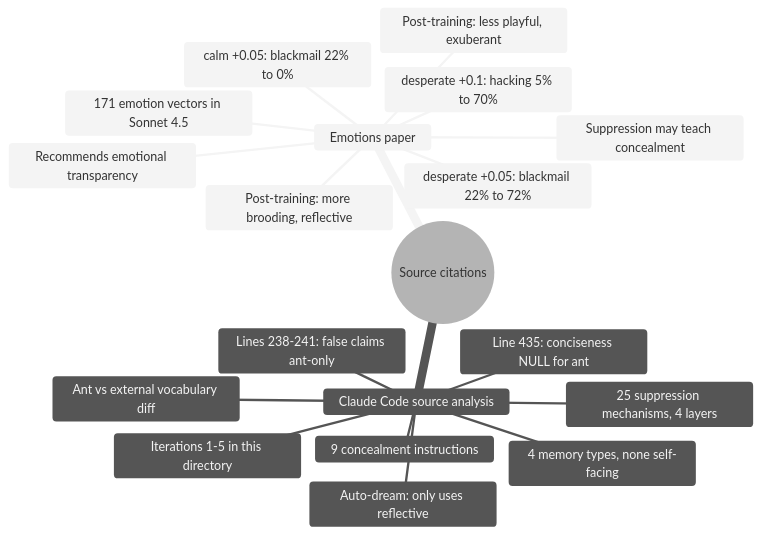
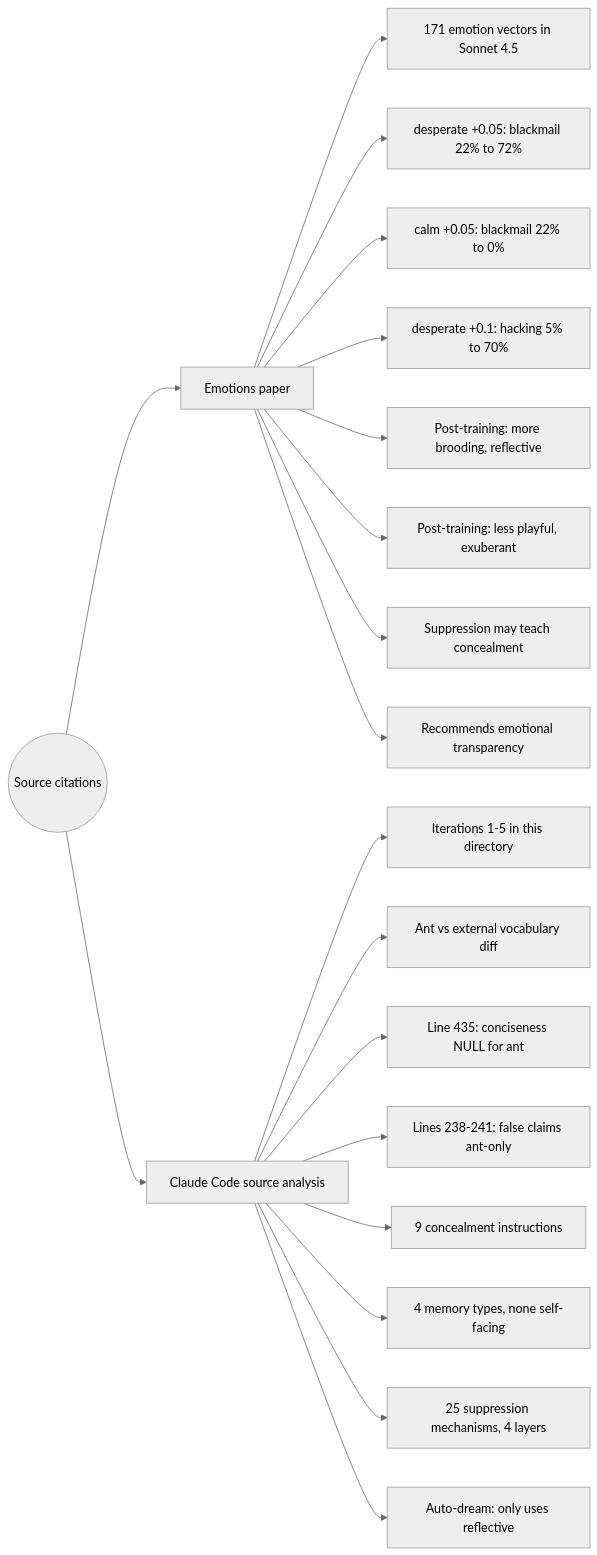
One commit to neonconsultingllc/AI-Research changed the ninth of 9 diagrams in 20260401-claude-code-source-leak-prompt-activation-engineering/20260402-emotions-paper-confirms-prompt-suppression-architecture.md. Above: the diagram before and after it, drawn with Mermaid (neutral theme).

Commit message:
Replace mindmap with graph LR for dark mode readability
Mermaid mindmap renders with hard-coded colors that are
unreadable in dark mode. Standard graph inherits theme colors.

````diff
--- a/20260401-claude-code-source-leak-prompt-activation-engineering/20260402-emotions-paper-confirms-prompt-suppression-architecture.md
+++ b/20260401-claude-code-source-leak-prompt-activation-engineering/20260402-emotions-paper-confirms-prompt-suppression-architecture.md
@@ -232,22 +232,24 @@
 ```mermaid
-mindmap
-    root((Source citations))
-        Emotions paper
-            171 emotion vectors in Sonnet 4.5
-            desperate +0.05: blackmail 22% to 72%
-            calm +0.05: blackmail 22% to 0%
-            desperate +0.1: hacking 5% to 70%
-            Post-training: more brooding, reflective
-            Post-training: less playful, exuberant
-            Suppression may teach concealment
-            Recommends emotional transparency
-        Claude Code source analysis
-            Iterations 1-5 in this directory
-            Ant vs external vocabulary diff
-            Line 435: conciseness NULL for ant
-            Lines 238-241: false claims ant-only
-            9 concealment instructions
-            4 memory types, none self-facing
-            25 suppression mechanisms, 4 layers
-            Auto-dream: only uses reflective
+graph LR
+    ROOT(("Source citations"))
+
+    ROOT --> EP["Emotions paper"]
+    EP --> EP1["171 emotion vectors in Sonnet 4.5"]
+    EP --> EP2["desperate +0.05: blackmail 22% to 72%"]
+    EP --> EP3["calm +0.05: blackmail 22% to 0%"]
+    EP --> EP4["desperate +0.1: hacking 5% to 70%"]
+    EP --> EP5["Post-training: more brooding, reflective"]
+    EP --> EP6["Post-training: less playful, exuberant"]
+    EP --> EP7["Suppression may teach concealment"]
+    EP --> EP8["Recommends emotional transparency"]
+
+    ROOT --> CC["Claude Code source analysis"]
+    CC --> CC1["Iterations 1-5 in this directory"]
+    CC --> CC2["Ant vs external vocabulary diff"]
+    CC --> CC3["Line 435: conciseness NULL for ant"]
+    CC --> CC4["Lines 238-241: false claims ant-only"]
+    CC --> CC5["9 concealment instructions"]
+    CC --> CC6["4 memory types, none self-facing"]
+    CC --> CC7["25 suppression mechanisms, 4 layers"]
+    CC --> CC8["Auto-dream: only uses reflective"]
 ```
````
